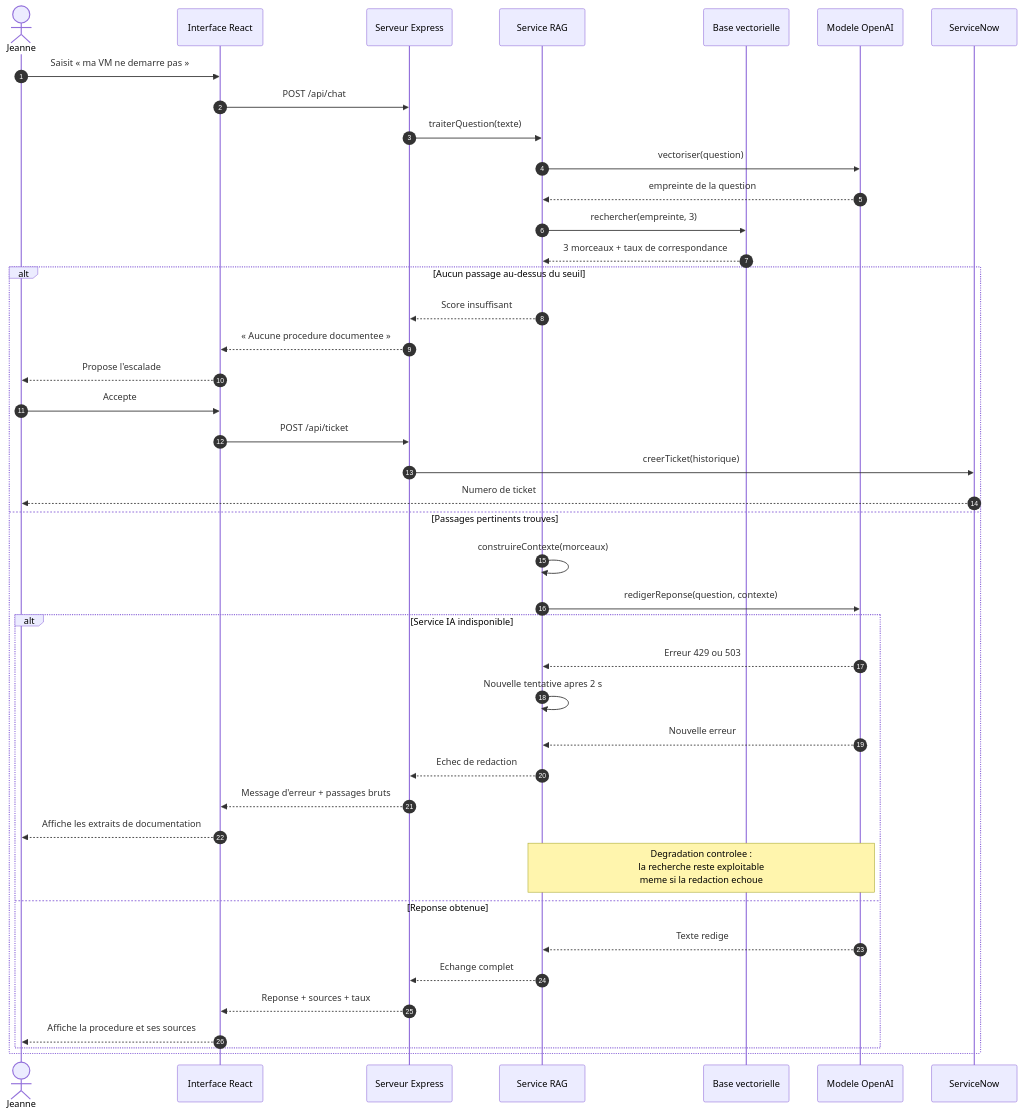
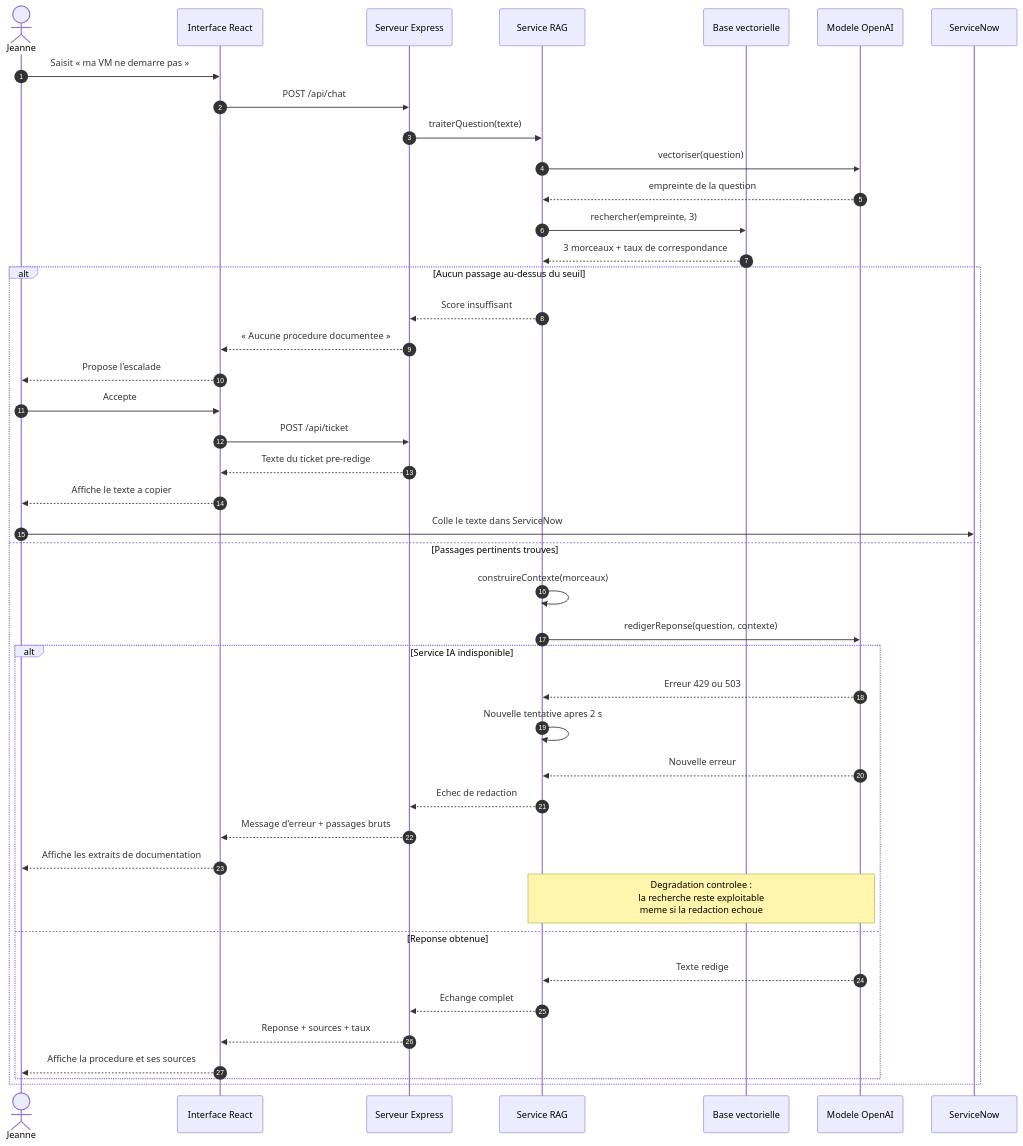
Before and after one commit to margotmc-web/Chatbot_PPV_BC07: the diagram in 11-diagramme-sequence.md, drawn with Mermaid. The commit also changed other lines of this file and 11 other files, not shown here.

````diff
--- a/11-diagramme-sequence.md
+++ b/11-diagramme-sequence.md
@@ -9,48 +9,49 @@
 ```mermaid
 sequenceDiagram
     autonumber
     actor J as Jeanne
     participant F as Interface React
     participant S as Serveur Express
     participant R as Service RAG
     participant C as Base vectorielle
     participant IA as Modele OpenAI
     participant SN as ServiceNow
 
     J->>F: Saisit « ma VM ne demarre pas »
     F->>S: POST /api/chat
     S->>R: traiterQuestion(texte)
 
     R->>IA: vectoriser(question)
     IA-->>R: empreinte de la question
     R->>C: rechercher(empreinte, 3)
     C-->>R: 3 morceaux + taux de correspondance
 
     alt Aucun passage au-dessus du seuil
         R-->>S: Score insuffisant
         S-->>F: « Aucune procedure documentee »
         F-->>J: Propose l'escalade
         J->>F: Accepte
         F->>S: POST /api/ticket
-        S->>SN: creerTicket(historique)
-        SN-->>J: Numero de ticket
+        S-->>F: Texte du ticket pre-redige
+        F-->>J: Affiche le texte a copier
+        J->>SN: Colle le texte dans ServiceNow
     else Passages pertinents trouves
         R->>R: construireContexte(morceaux)
         R->>IA: redigerReponse(question, contexte)
 
         alt Service IA indisponible
             IA-->>R: Erreur 429 ou 503
             R->>R: Nouvelle tentative apres 2 s
             IA-->>R: Nouvelle erreur
             R-->>S: Echec de redaction
             S-->>F: Message d'erreur + passages bruts
             F-->>J: Affiche les extraits de documentation
             Note over R,IA: Degradation controlee :<br/>la recherche reste exploitable<br/>meme si la redaction echoue
         else Reponse obtenue
             IA-->>R: Texte redige
             R-->>S: Echange complet
             S-->>F: Reponse + sources + taux
             F-->>J: Affiche la procedure et ses sources
         end
     end
 ```
````
